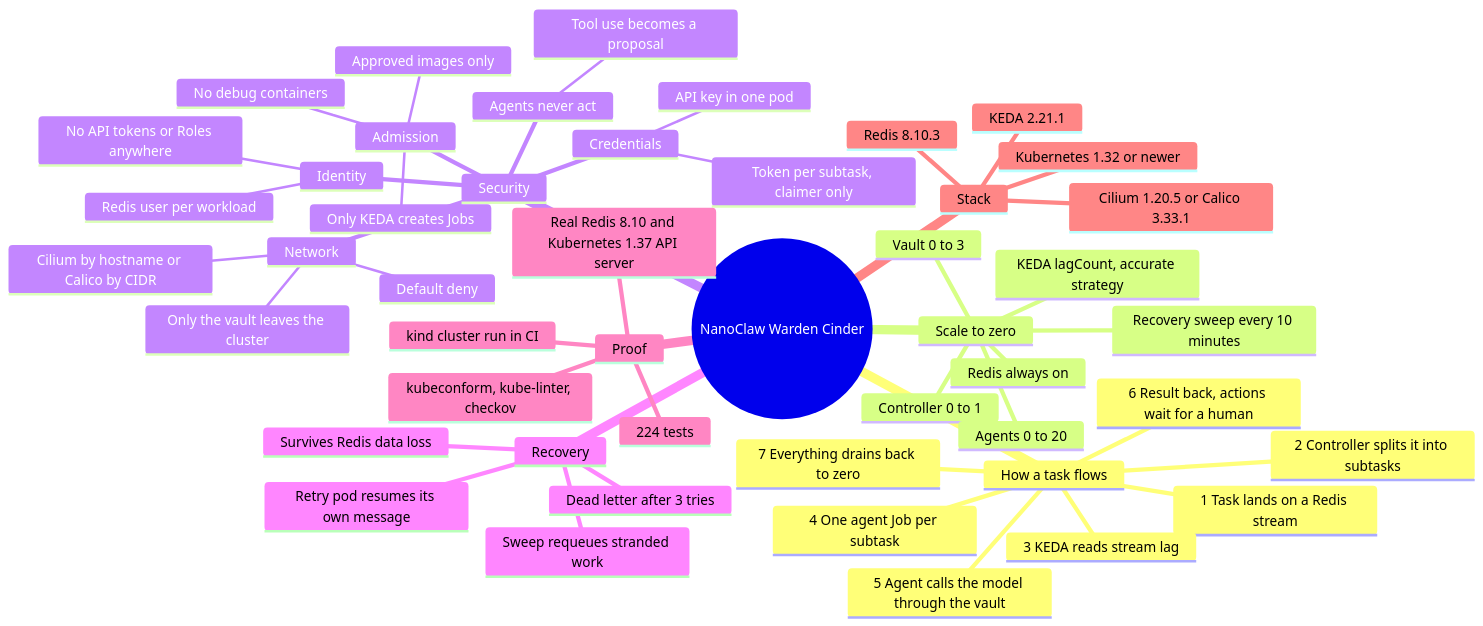
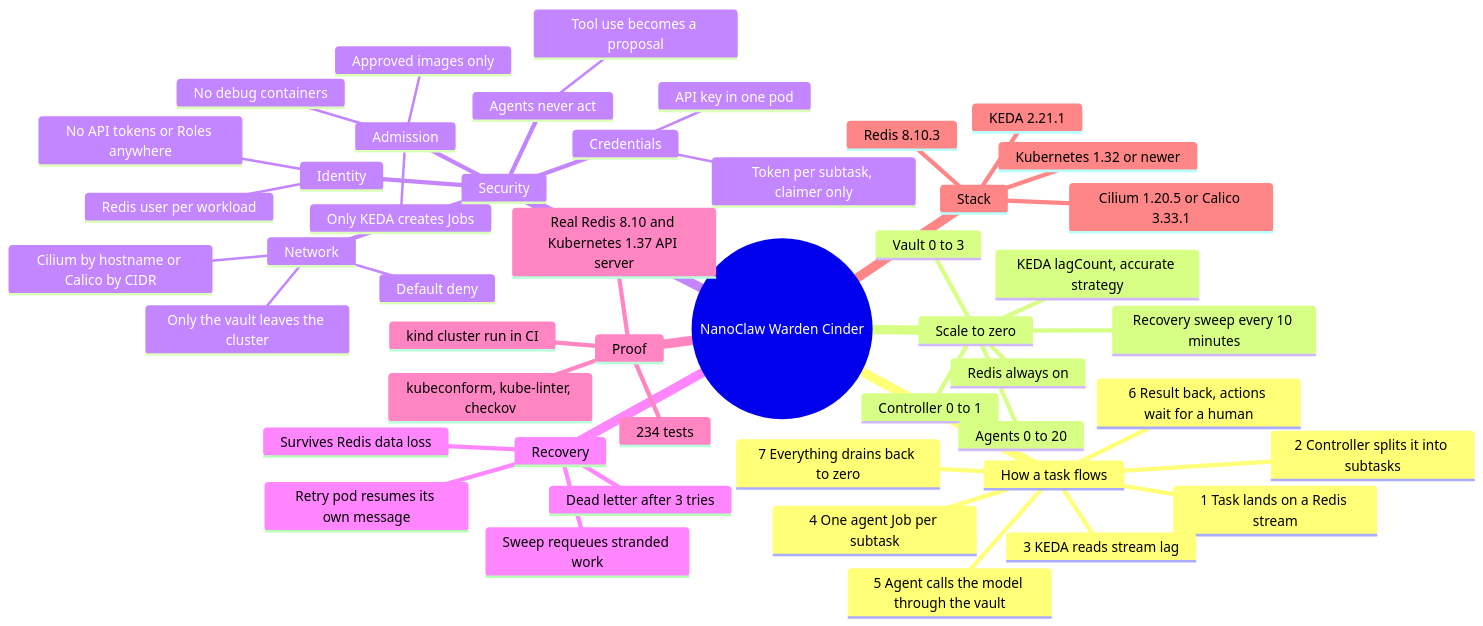
One commit to djkidnyce/nanoclaw-warden-cinder changed the diagram in docs/mindmap.mmd. Above: the diagram before and after it, drawn with Mermaid. The commit also changed 8 other files, not shown here.

```diff
--- a/docs/mindmap.mmd
+++ b/docs/mindmap.mmd
@@ -1,49 +1,49 @@
 mindmap
   root((NanoClaw Warden Cinder))
     How a task flows
       1 Task lands on a Redis stream
       2 Controller splits it into subtasks
       3 KEDA reads stream lag
       4 One agent Job per subtask
       5 Agent calls the model through the vault
       6 Result back, actions wait for a human
       7 Everything drains back to zero
     Scale to zero
       Redis always on
       Controller 0 to 1
       Agents 0 to 20
       Vault 0 to 3
       KEDA lagCount, accurate strategy
       Recovery sweep every 10 minutes
     Security
       Identity
         No API tokens or Roles anywhere
         Redis user per workload
       Network
         Default deny
         Only the vault leaves the cluster
         Cilium by hostname or Calico by CIDR
       Admission
         Only KEDA creates Jobs
         Approved images only
         No debug containers
       Credentials
         API key in one pod
         Token per subtask, claimer only
       Agents never act
         Tool use becomes a proposal
     Recovery
       Retry pod resumes its own message
       Sweep requeues stranded work
       Dead letter after 3 tries
       Survives Redis data loss
     Proof
-      224 tests
+      234 tests
       Real Redis 8.10 and Kubernetes 1.37 API server
       kind cluster run in CI
       kubeconform, kube-linter, checkov
     Stack
       KEDA 2.21.1
       Cilium 1.20.5 or Calico 3.33.1
       Redis 8.10.3
       Kubernetes 1.32 or newer
```
